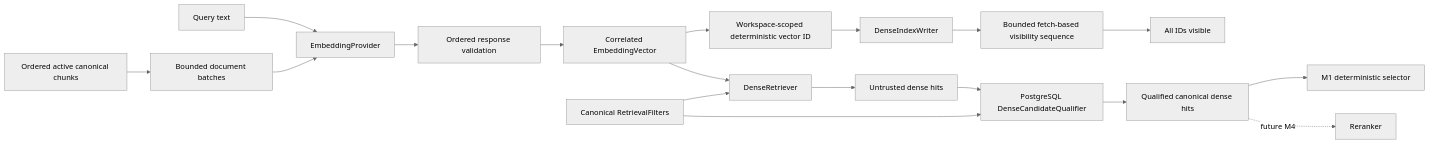
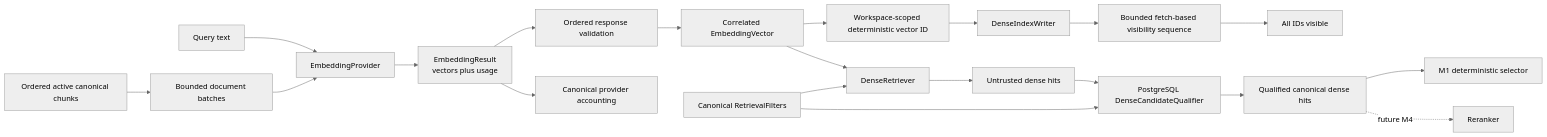
Before and after one commit to rnkraus/investment-research: the fourth of 4 diagrams in backend/src/investment_research/modules/search/README.md, drawn with Mermaid (neutral theme). The commit also changed other lines of this file and 21 other files, not shown here.

First line of the commit message:
feat(search): return embedding provider usage

````diff
--- a/backend/src/investment_research/modules/search/README.md
+++ b/backend/src/investment_research/modules/search/README.md
@@ -109,20 +110,22 @@
 ```mermaid
 flowchart LR
     CHUNKS[Ordered active canonical chunks] --> BATCH[Bounded document batches]
     TEXT[Query text] --> EMBED[EmbeddingProvider]
     BATCH --> EMBED
-    EMBED --> VALIDATE[Ordered response validation]
+    EMBED --> RESULT[EmbeddingResult<br/>vectors plus usage]
+    RESULT --> VALIDATE[Ordered response validation]
+    RESULT --> USAGE[Canonical provider accounting]
     VALIDATE --> VECTOR[Correlated EmbeddingVector]
     VECTOR --> ID[Workspace-scoped deterministic vector ID]
     ID --> WRITER[DenseIndexWriter]
     WRITER --> VISIBLE[Bounded fetch-based visibility sequence]
     VISIBLE --> READY[All IDs visible]
     VECTOR --> DENSE[DenseRetriever]
     FILTERS[Canonical RetrievalFilters] --> DENSE
     DENSE --> HITS[Untrusted dense hits]
     HITS --> QUALIFY[PostgreSQL DenseCandidateQualifier]
     FILTERS --> QUALIFY
     QUALIFY --> ELIGIBLE[Qualified canonical dense hits]
     ELIGIBLE --> SELECT[M1 deterministic selector]
     ELIGIBLE -. future M4 .-> RERANK[Reranker]
 ```
````
